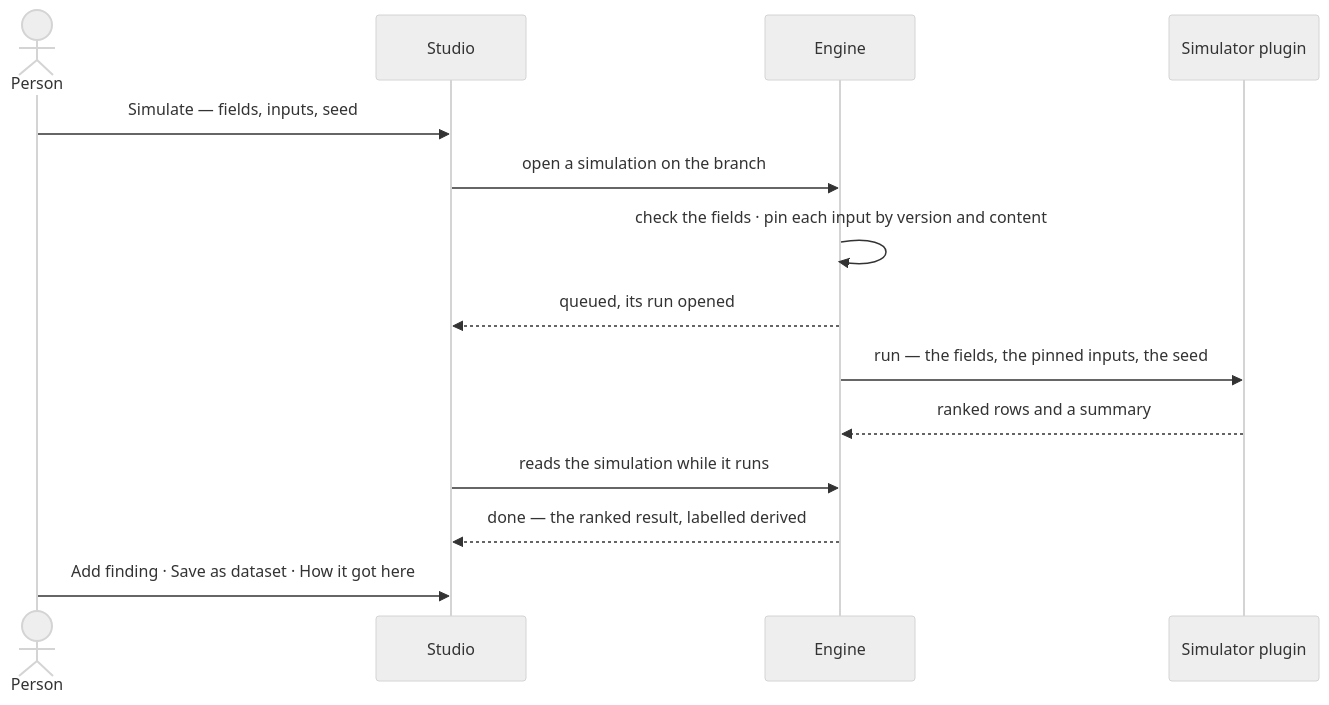
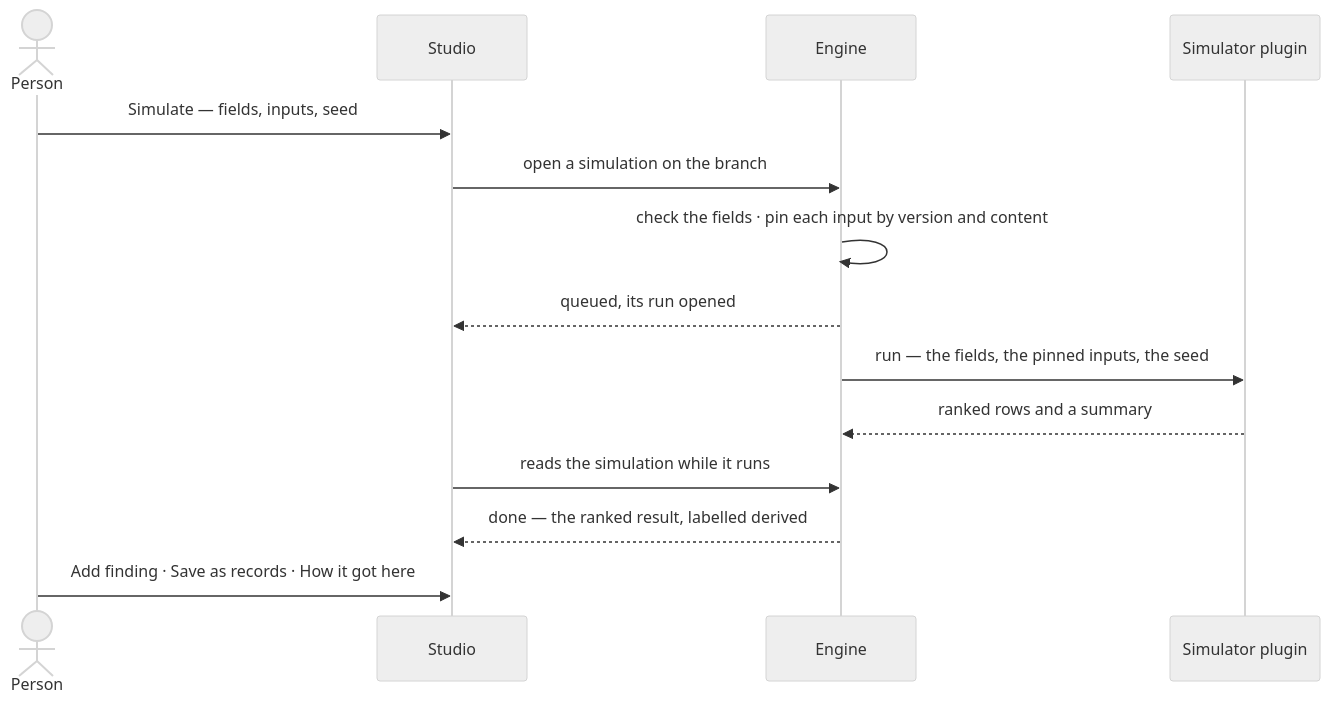
One commit to invana/invana changed the second of 2 diagrams in specs/capabilities/projects/features/PJ-F04-simulation-and-impact/feature.md. Above: the diagram before and after it, drawn with Mermaid (neutral theme). The commit also changed other lines of this file and 637 other files, not shown here.

````diff
--- a/specs/capabilities/projects/features/PJ-F04-simulation-and-impact/feature.md
+++ b/specs/capabilities/projects/features/PJ-F04-simulation-and-impact/feature.md
@@ -47,16 +48,16 @@
 ```mermaid
 sequenceDiagram
   actor P as Person
   participant S as Studio
   participant E as Engine
   participant X as Simulator plugin
   P->>S: Simulate — fields, inputs, seed
   S->>E: open a simulation on the branch
   E->>E: check the fields · pin each input by version and content
   E-->>S: queued, its run opened
   E->>X: run — the fields, the pinned inputs, the seed
   X-->>E: ranked rows and a summary
   S->>E: reads the simulation while it runs
   E-->>S: done — the ranked result, labelled derived
-  P->>S: Add finding · Save as dataset · How it got here
+  P->>S: Add finding · Save as records · How it got here
 ```
````
